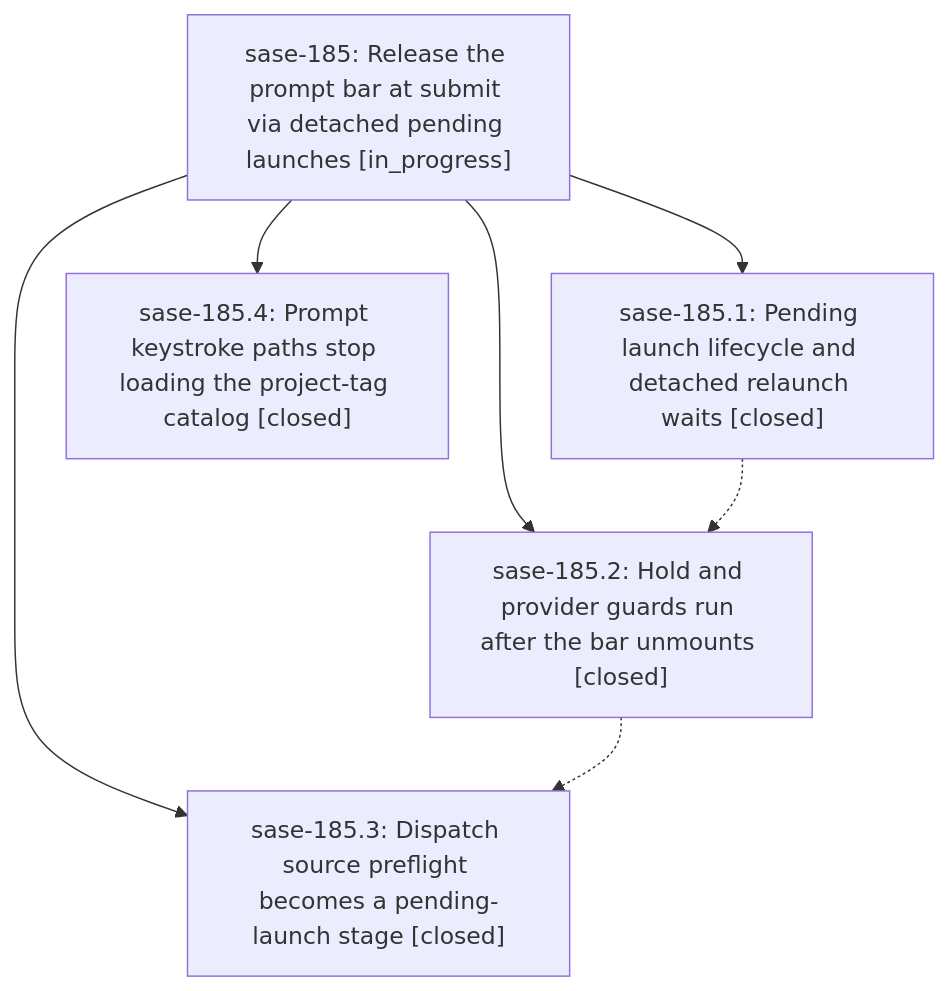
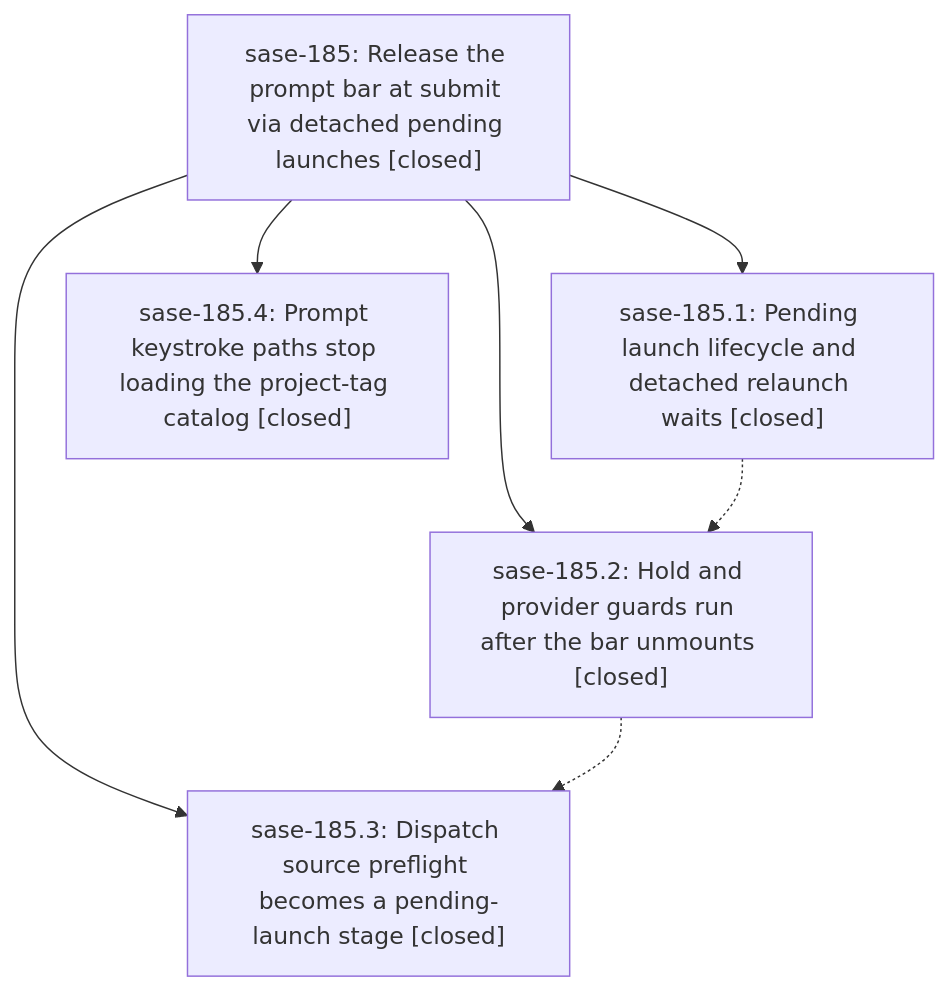
Before and after one commit to sase-org/sase--beads: the diagram in pages/sase-185/README.md, drawn with Mermaid. The commit also changed other lines of this file and 1 other file, not shown here.

First line of the commit message:
chore(beads): sync bead state and pages for sase-185

````diff
--- a/pages/sase-185/README.md
+++ b/pages/sase-185/README.md
@@ -29,14 +31,14 @@
 ```mermaid
 flowchart TD
-    n0["sase-185: Release the prompt bar at submit via detached pending launches [in_progress]"]
+    n0["sase-185: Release the prompt bar at submit via detached pending launches [closed]"]
     n1["sase-185.1: Pending launch lifecycle and detached relaunch waits [closed]"]
     n2["sase-185.2: Hold and provider guards run after the bar unmounts [closed]"]
     n3["sase-185.3: Dispatch source preflight becomes a pending-launch stage [closed]"]
     n4["sase-185.4: Prompt keystroke paths stop loading the project-tag catalog [closed]"]
     n0 --> n1
     n0 --> n2
     n0 --> n3
     n0 --> n4
     n1 -.-> n2
     n2 -.-> n3
 ```
````
